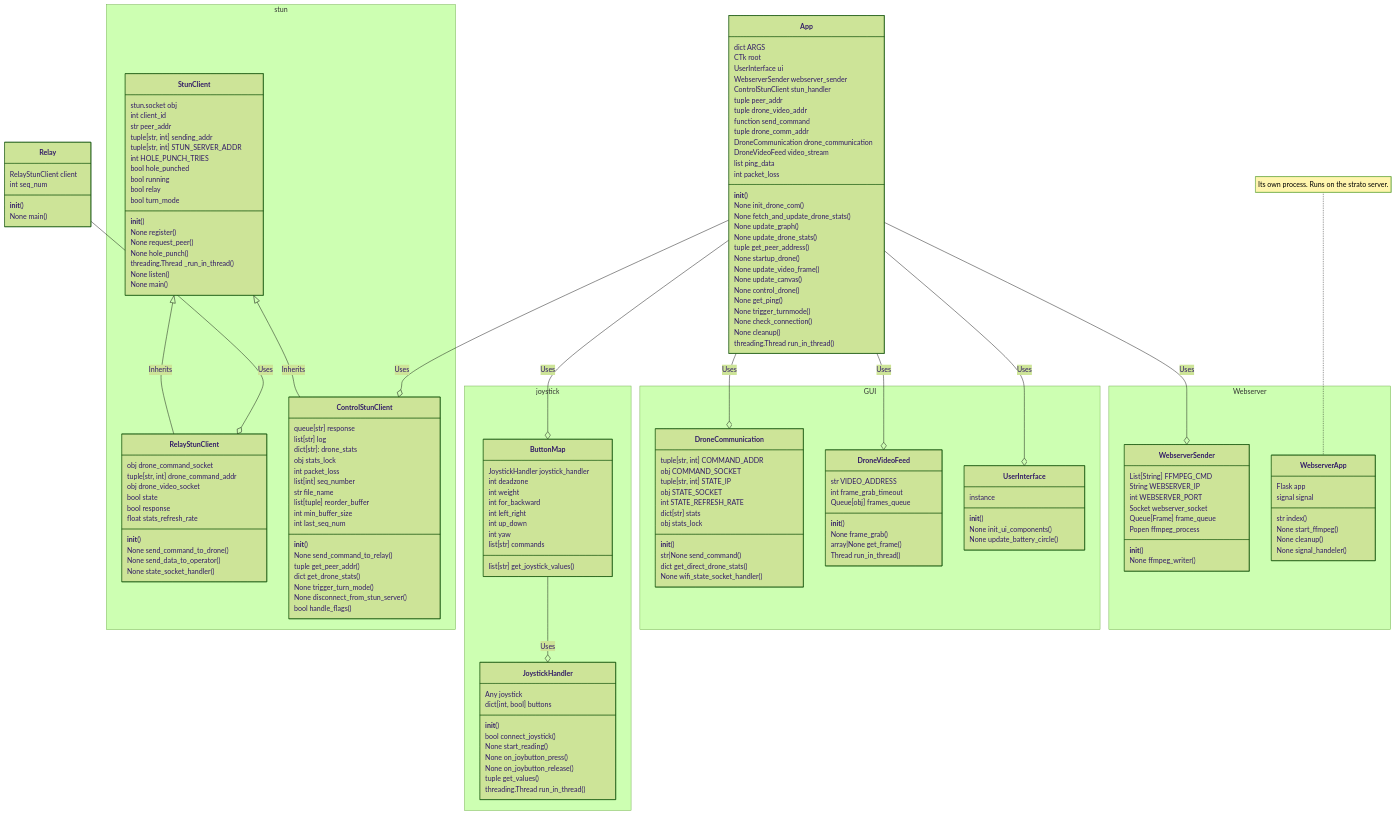
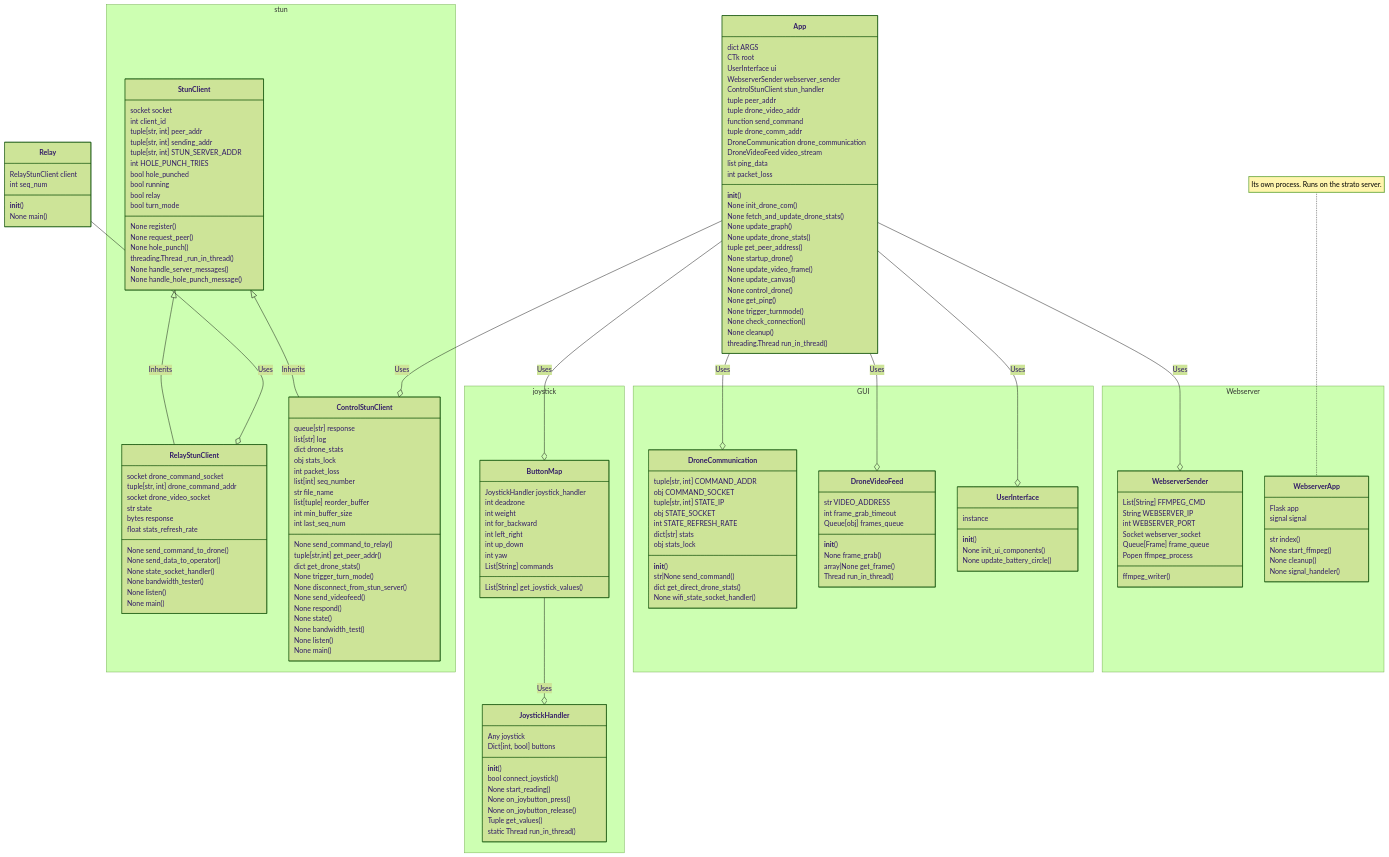
Before and after one commit to kingoz9000/Drone: the diagram in diagrams/classdiagram.md, drawn with Mermaid (forest theme). The commit also changed 5 other files, not shown here.

Commit message:
fuck class diagram

```diff
--- a/diagrams/classdiagram.md
+++ b/diagrams/classdiagram.md
@@ -6,9 +6,9 @@
 
 namespace stun{
     class StunClient {
-        stun.socket obj
+        socket socket
         int client_id
-        str peer_addr
+        tuple[str, int] peer_addr
         tuple[str, int] sending_addr
         tuple[str, int] STUN_SERVER_ADDR
         int HOLE_PUNCH_TRIES
@@ -16,32 +16,33 @@
         bool running
         bool relay
         bool turn_mode
-        __init__()
         None register()
         None request_peer()
         None hole_punch()
         threading.Thread _run_in_thread()
-        None listen()
-        None main()
+        None handle_server_messages()
+        None handle_hole_punch_message()
     }
 
     class RelayStunClient{
-        obj drone_command_socket
+        socket drone_command_socket
         tuple[str, int] drone_command_addr
-        obj drone_video_socket
-        bool state
-        bool response
+        socket drone_video_socket
+        str state
+        bytes response
         float stats_refresh_rate
-        __init__()
         None send_command_to_drone()
         None send_data_to_operator()
         None state_socket_handler()
+        None bandwidth_tester()
+        None listen()
+        None main()
     }
 
     class ControlStunClient{
         queue[str] response
         list[str] log
-        dict[str]: drone_stats
+        dict drone_stats
         obj stats_lock
         int packet_loss
         list[int] seq_number
@@ -49,13 +50,17 @@
         list[tuple] reorder_buffer
         int min_buffer_size
         int last_seq_num
-        __init__()
         None send_command_to_relay()
-        tuple get_peer_addr()
+        tuple[str,int] get_peer_addr()
         dict get_drone_stats()
         None trigger_turn_mode()
         None disconnect_from_stun_server()
-        bool handle_flags()
+        None send_videofeed()
+        None respond()
+        None state()
+        None bandwidth_test()
+        None listen()
+        None main()
     }
 }
 ButtonMap --o JoystickHandler : Uses
@@ -68,20 +73,20 @@
         int left_right
         int up_down
         int yaw
-        list[str] commands
-        list[str] get_joystick_values()
+        List[String] commands
+        List[String] get_joystick_values()
     }
 
     class JoystickHandler {
         Any joystick
-        dict[int, bool] buttons
+        Dict[int, bool] buttons
         __init__()
         bool connect_joystick()
         None start_reading()
         None on_joybutton_press()
         None on_joybutton_release()
-        tuple get_values()
-        threading.Thread run_in_thread()
+        Tuple get_values()
+        static Thread run_in_thread()
     }
 }
 namespace GUI{
@@ -123,8 +128,7 @@
         Socket webserver_socket
         Queue[Frame] frame_queue
         Popen ffmpeg_process
-        __init__()
-        None ffmpeg_writer()
+        ffmpeg_writer()
     }
     class WebserverApp{
         str index()
```
